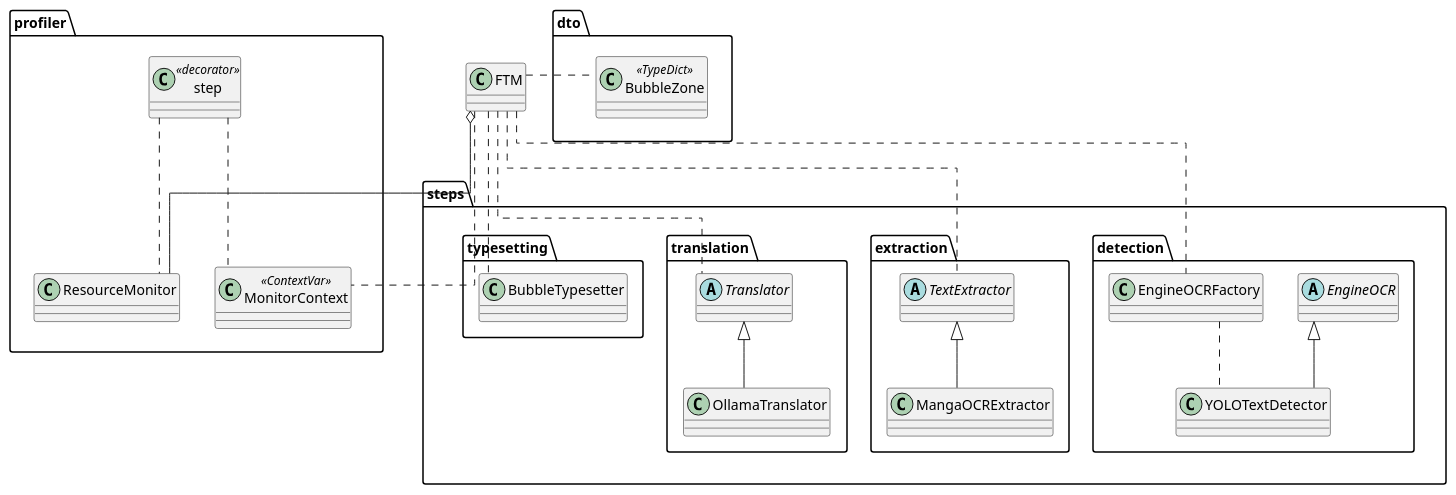
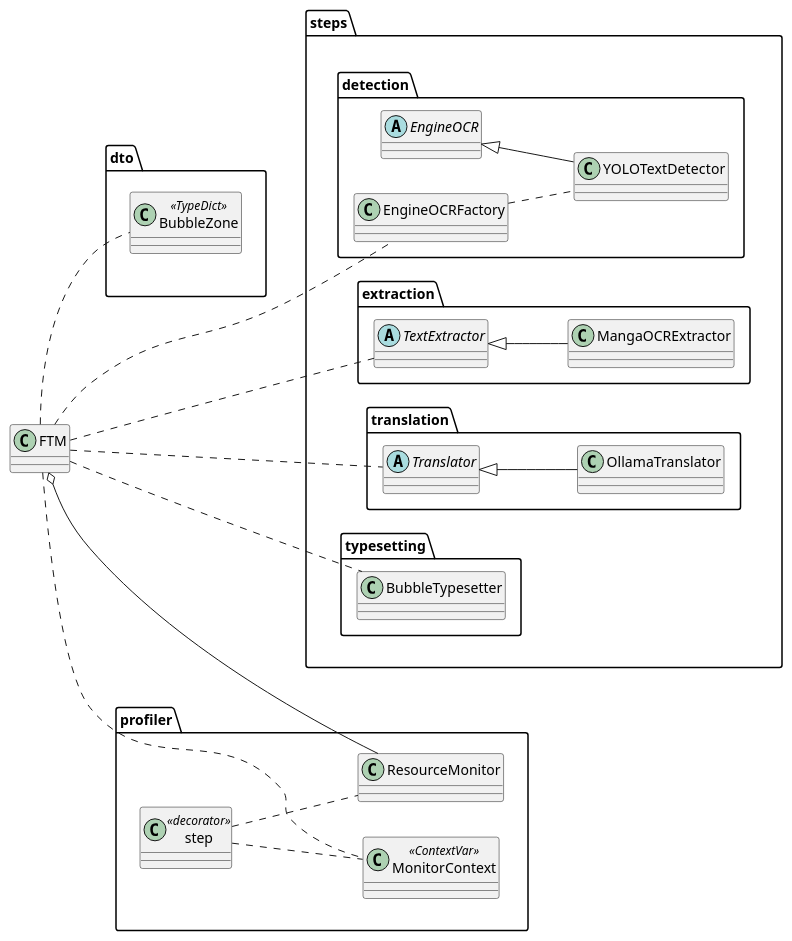
One commit to Chipskein/ftm changed the diagram in docs/diagrams/class-refactor.pu. Above: the diagram before and after it, drawn with PlantUML.

```diff
--- a/docs/diagrams/class-refactor.pu
+++ b/docs/diagrams/class-refactor.pu
@@ -1,61 +1,52 @@
 @startuml
-skinparam LineType Ortho
+left to right direction
 
 class FTM
 
 package "profiler" as profiler {
     class ResourceMonitor
     class MonitorContext <<ContextVar>>
     class step <<decorator>>
 }
-
 package "dto" as dto {
     class BubbleZone <<TypeDict>>
 }
-
 package "steps" as steps {
     package "detection" {
         abstract class EngineOCR
         class EngineOCRFactory
         class YOLOTextDetector extends EngineOCR
     }
-
     package "extraction" {
         abstract class TextExtractor
         class MangaOCRExtractor extends TextExtractor
     }
-
     package "translation" {
         abstract class Translator
         class OllamaTranslator extends Translator
     }
-
     package "typesetting" {
         class BubbleTypesetter
     }
 }
 
-
 ' Relações de Orquestração
-
 FTM o-- ResourceMonitor
 FTM .. MonitorContext
 FTM .. BubbleZone
-
 ' Relações de Profiling
 step .. MonitorContext
 step .. ResourceMonitor
-
 ' Relações de Execução (Dependency Injection/Usage)
 FTM .. EngineOCRFactory
 FTM .. TextExtractor
 FTM .. Translator
 FTM .. BubbleTypesetter
-
 EngineOCRFactory .. YOLOTextDetector
 
-steps -[hidden]up- dto
-steps -[hidden]up- profiler
-dto -[hidden]right- FTM
-profiler -[hidden]left- FTM
+' Layout
+FTM -[hidden]right- dto
+dto -[hidden]right- profiler
+dto -[hidden]down- steps
+
 @enduml
```
